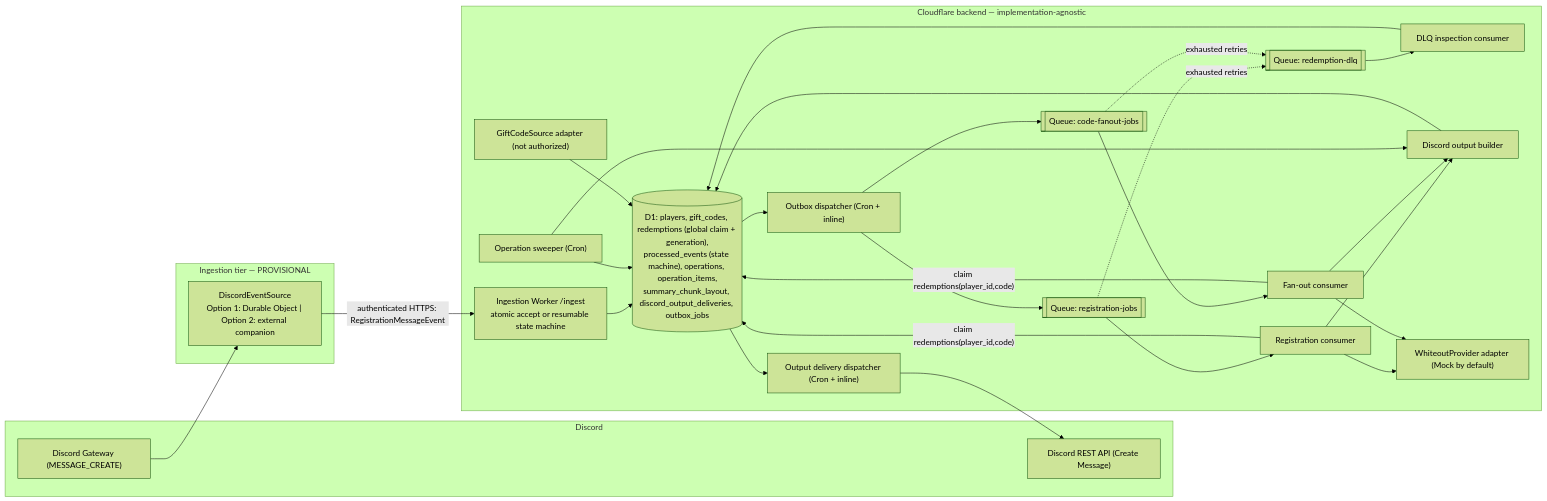
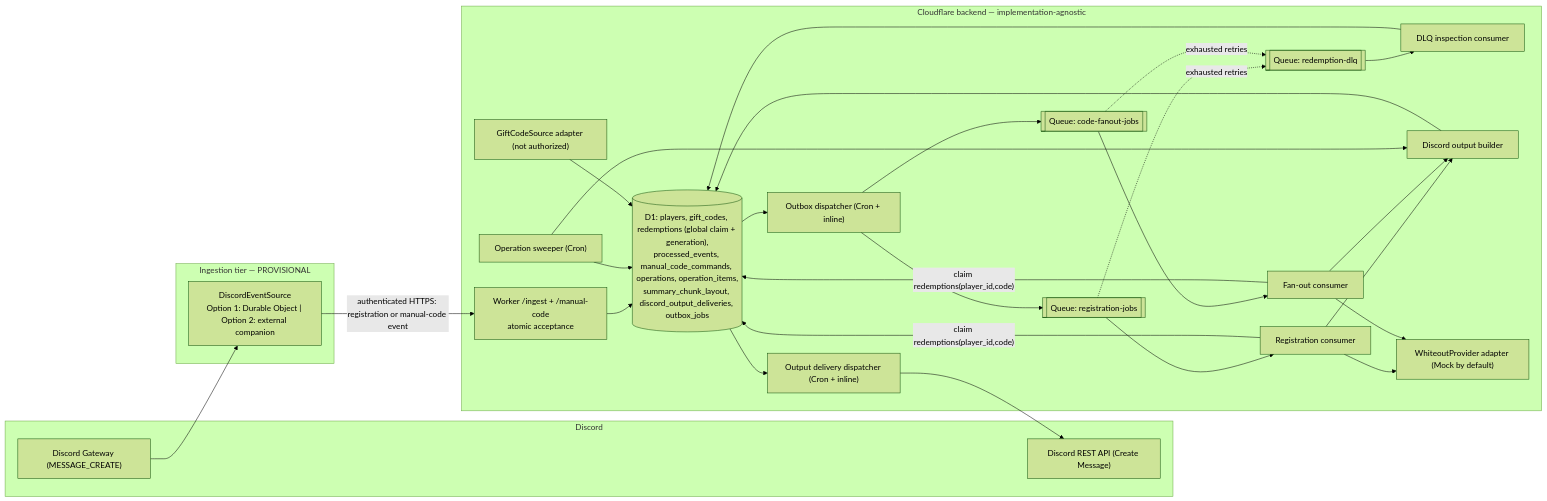
The diagram in docs/architecture.md (Tor-Production/wos-rewards-service), drawn with Mermaid (forest theme) before and after one commit. The commit also changed other lines of this file and 18 other files, not shown here.

````diff
--- a/docs/architecture.md
+++ b/docs/architecture.md
@@ -118,52 +121,52 @@
 ```mermaid
 flowchart LR
   subgraph DISCORD["Discord"]
     GW["Discord Gateway (MESSAGE_CREATE)"]
     REST["Discord REST API (Create Message)"]
   end
 
   subgraph ING_TIER["Ingestion tier — PROVISIONAL"]
     SRC["DiscordEventSource<br/>Option 1: Durable Object | Option 2: external companion"]
   end
 
   subgraph CF["Cloudflare backend — implementation-agnostic"]
-    ING["Ingestion Worker /ingest<br/>atomic accept or resumable state machine"]
-    D1[("D1: players, gift_codes, redemptions (global claim + generation),<br/>processed_events (state machine), operations, operation_items,<br/>summary_chunk_layout, discord_output_deliveries, outbox_jobs")]
+    ING["Worker /ingest + /manual-code<br/>atomic acceptance"]
+    D1[("D1: players, gift_codes, redemptions (global claim + generation),<br/>processed_events, manual_code_commands, operations, operation_items,<br/>summary_chunk_layout, discord_output_deliveries, outbox_jobs")]
     DISP["Outbox dispatcher (Cron + inline)"]
     Q1[["Queue: registration-jobs"]]
     Q2[["Queue: code-fanout-jobs"]]
     DLQ[["Queue: redemption-dlq"]]
     RC["Registration consumer"]
     FC["Fan-out consumer"]
     DLC["DLQ inspection consumer"]
     SWEEP["Operation sweeper (Cron)"]
     OUTD["Output delivery dispatcher (Cron + inline)"]
     OUT["Discord output builder"]
     PROV["WhiteoutProvider adapter (Mock by default)"]
     GCS["GiftCodeSource adapter (not authorized)"]
   end
 
   GW --> SRC
-  SRC -->|"authenticated HTTPS: RegistrationMessageEvent"| ING
+  SRC -->|"authenticated HTTPS: registration or manual-code event"| ING
   ING --> D1
   D1 --> DISP
   DISP --> Q1
   DISP --> Q2
   Q1 --> RC
   Q2 --> FC
   RC -->|"claim redemptions(player_id,code)"| D1
   FC -->|"claim redemptions(player_id,code)"| D1
   RC --> PROV
   FC --> PROV
   Q1 -. "exhausted retries" .-> DLQ
   Q2 -. "exhausted retries" .-> DLQ
   DLQ --> DLC --> D1
   SWEEP --> D1
   RC --> OUT
   FC --> OUT
   SWEEP --> OUT
   OUT --> D1
   D1 --> OUTD
   OUTD --> REST
   GCS --> D1
 ```
````
